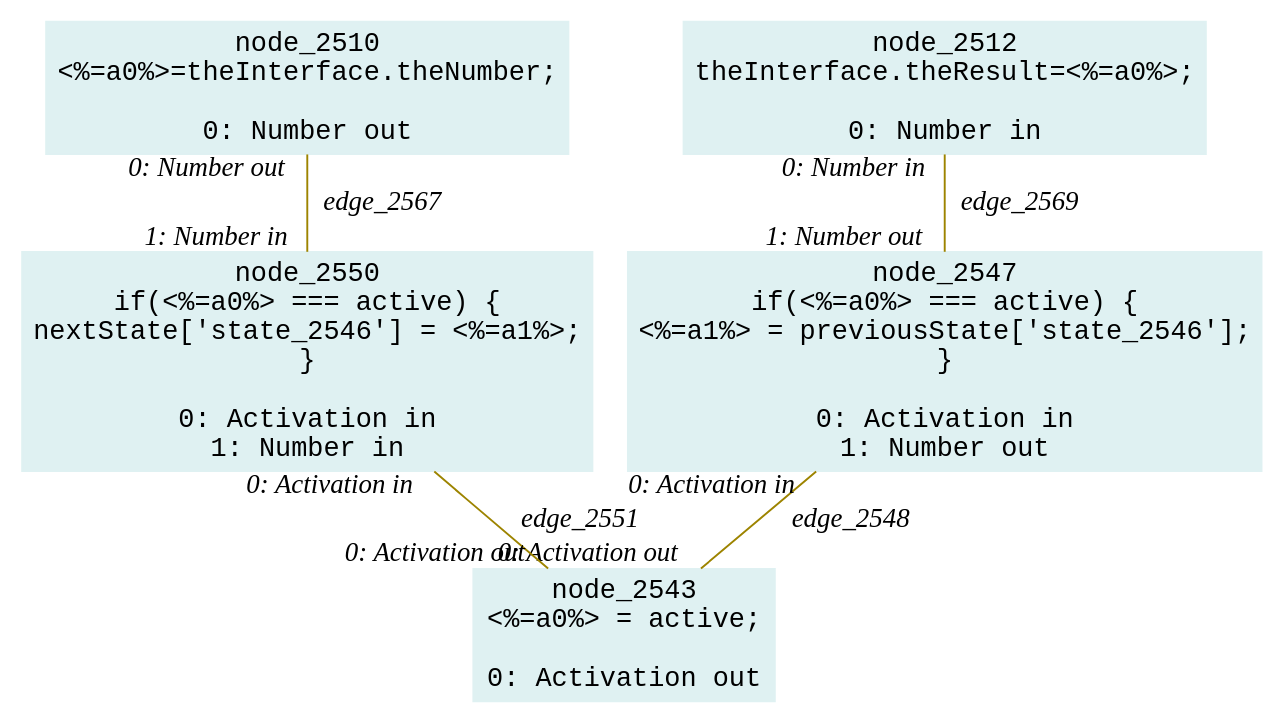
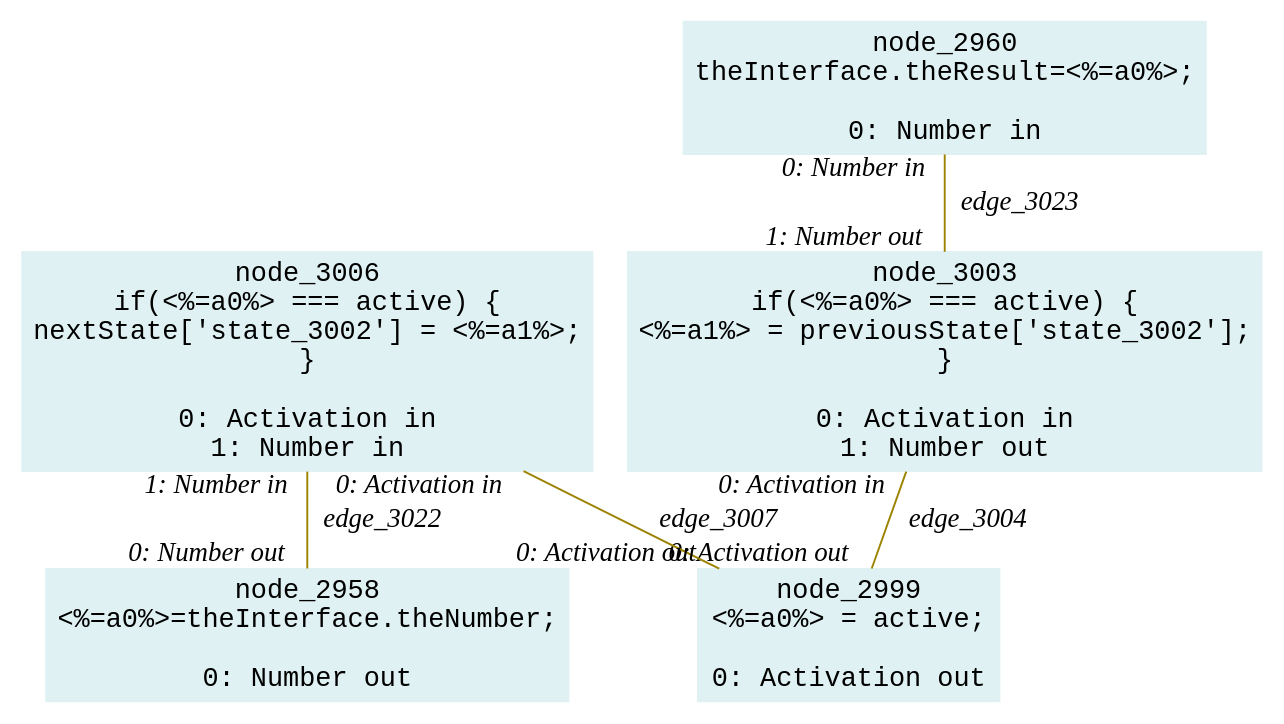
Before and after one commit to crubier/lidl: the diagram in lidl-core/example/ok/definitionOfPrevious/dot/38createDataFlowDirection12.dot, drawn with Graphviz. The commit also changed 1586 other files, not shown here.

```diff
--- a/lidl-core/example/ok/definitionOfPrevious/dot/38createDataFlowDirection12.dot
+++ b/lidl-core/example/ok/definitionOfPrevious/dot/38createDataFlowDirection12.dot
@@ -1,31 +1,31 @@
-digraph g{node_2510 [shape="box", style="filled", color="#dff1f2", fontname="Courier", label="node_2510
+digraph g{node_2958 [shape="box", style="filled", color="#dff1f2", fontname="Courier", label="node_2958
 <%=a0%>=theInterface.theNumber;
 
 0: Number out" ]
-node_2512 [shape="box", style="filled", color="#dff1f2", fontname="Courier", label="node_2512
+node_2960 [shape="box", style="filled", color="#dff1f2", fontname="Courier", label="node_2960
 theInterface.theResult=<%=a0%>;
 
 0: Number in" ]
-node_2543 [shape="box", style="filled", color="#dff1f2", fontname="Courier", label="node_2543
+node_2999 [shape="box", style="filled", color="#dff1f2", fontname="Courier", label="node_2999
 <%=a0%> = active;
 
 0: Activation out" ]
-node_2547 [shape="box", style="filled", color="#dff1f2", fontname="Courier", label="node_2547
+node_3003 [shape="box", style="filled", color="#dff1f2", fontname="Courier", label="node_3003
 if(<%=a0%> === active) {
-<%=a1%> = previousState['state_2546'];
+<%=a1%> = previousState['state_3002'];
 }
 
 0: Activation in
 1: Number out" ]
-node_2550 [shape="box", style="filled", color="#dff1f2", fontname="Courier", label="node_2550
+node_3006 [shape="box", style="filled", color="#dff1f2", fontname="Courier", label="node_3006
 if(<%=a0%> === active) {
-nextState['state_2546'] = <%=a1%>;
+nextState['state_3002'] = <%=a1%>;
 }
 
 0: Activation in
 1: Number in" ]
-node_2547 -> node_2543 [dir=none, arrowHead=none, fontname="Times-Italic", arrowsize=1, color="#9d8400", label="edge_2548",  headlabel="0: Activation out", taillabel="0: Activation in" ]
-node_2550 -> node_2543 [dir=none, arrowHead=none, fontname="Times-Italic", arrowsize=1, color="#9d8400", label="edge_2551",  headlabel="0: Activation out", taillabel="0: Activation in" ]
-node_2510 -> node_2550 [dir=none, arrowHead=none, fontname="Times-Italic", arrowsize=1, color="#9d8400", label="edge_2567",  headlabel="1: Number in", taillabel="0: Number out" ]
-node_2512 -> node_2547 [dir=none, arrowHead=none, fontname="Times-Italic", arrowsize=1, color="#9d8400", label="edge_2569",  headlabel="1: Number out", taillabel="0: Number in" ]
+node_3003 -> node_2999 [dir=none, arrowHead=none, fontname="Times-Italic", arrowsize=1, color="#9d8400", label="edge_3004",  headlabel="0: Activation out", taillabel="0: Activation in" ]
+node_3006 -> node_2999 [dir=none, arrowHead=none, fontname="Times-Italic", arrowsize=1, color="#9d8400", label="edge_3007",  headlabel="0: Activation out", taillabel="0: Activation in" ]
+node_3006 -> node_2958 [dir=none, arrowHead=none, fontname="Times-Italic", arrowsize=1, color="#9d8400", label="edge_3022",  headlabel="0: Number out", taillabel="1: Number in" ]
+node_2960 -> node_3003 [dir=none, arrowHead=none, fontname="Times-Italic", arrowsize=1, color="#9d8400", label="edge_3023",  headlabel="1: Number out", taillabel="0: Number in" ]
 }
```
